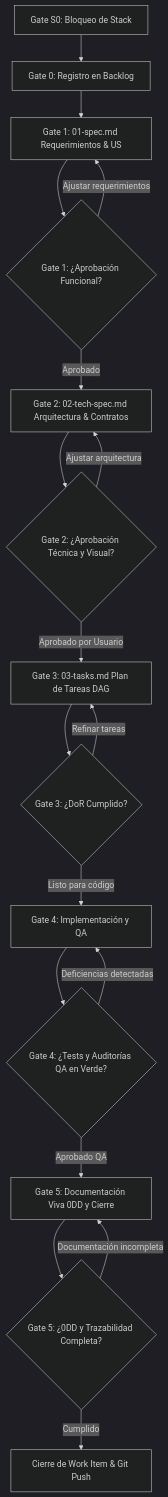
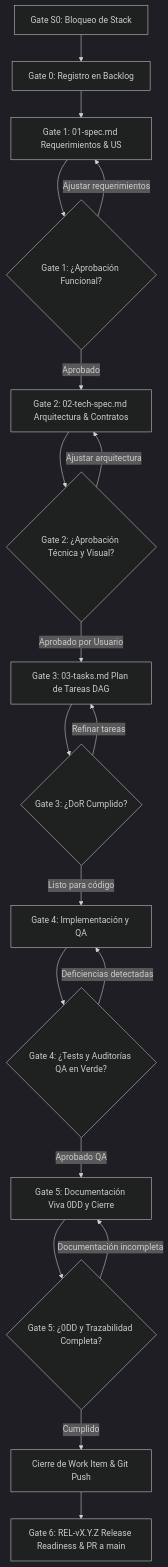
Before and after one commit to serchodm/sdd-agentic-starter: the first of 2 diagrams in specs/SDD_FRAMEWORK.md, drawn with Mermaid (dark theme). The commit also changed other lines of this file and 9 other files, not shown here.

````diff
--- a/specs/SDD_FRAMEWORK.md
+++ b/specs/SDD_FRAMEWORK.md
@@ -128,20 +128,21 @@
 ```mermaid
 flowchart TD
     GS0[Gate S0: Bloqueo de Stack] --> G0[Gate 0: Registro en Backlog]
     G0 --> S1[Gate 1: 01-spec.md Requerimientos & US]
     S1 --> G1{Gate 1: ¿Aprobación Funcional?}
     G1 -- Ajustar requerimientos --> S1
     G1 -- Aprobado --> S2[Gate 2: 02-tech-spec.md Arquitectura & Contratos]
     S2 --> G2{Gate 2: ¿Aprobación Técnica y Visual?}
     G2 -- Ajustar arquitectura --> S2
     G2 -- Aprobado por Usuario --> S3[Gate 3: 03-tasks.md Plan de Tareas DAG]
     S3 --> G3{Gate 3: ¿DoR Cumplido?}
     G3 -- Refinar tareas --> S3
     G3 -- Listo para código --> S4[Gate 4: Implementación y QA]
     S4 --> G4{Gate 4: ¿Tests y Auditorías QA en Verde?}
     G4 -- Deficiencias detectadas --> S4
     G4 -- Aprobado QA --> S5[Gate 5: Documentación Viva 0DD y Cierre]
     S5 --> G5{Gate 5: ¿0DD y Trazabilidad Completa?}
     G5 -- Documentación incompleta --> S5
     G5 -- Cumplido --> S6[Cierre de Work Item & Git Push]
+    S6 --> G6[Gate 6: REL-vX.Y.Z Release Readiness & PR a main]
 ```
````
